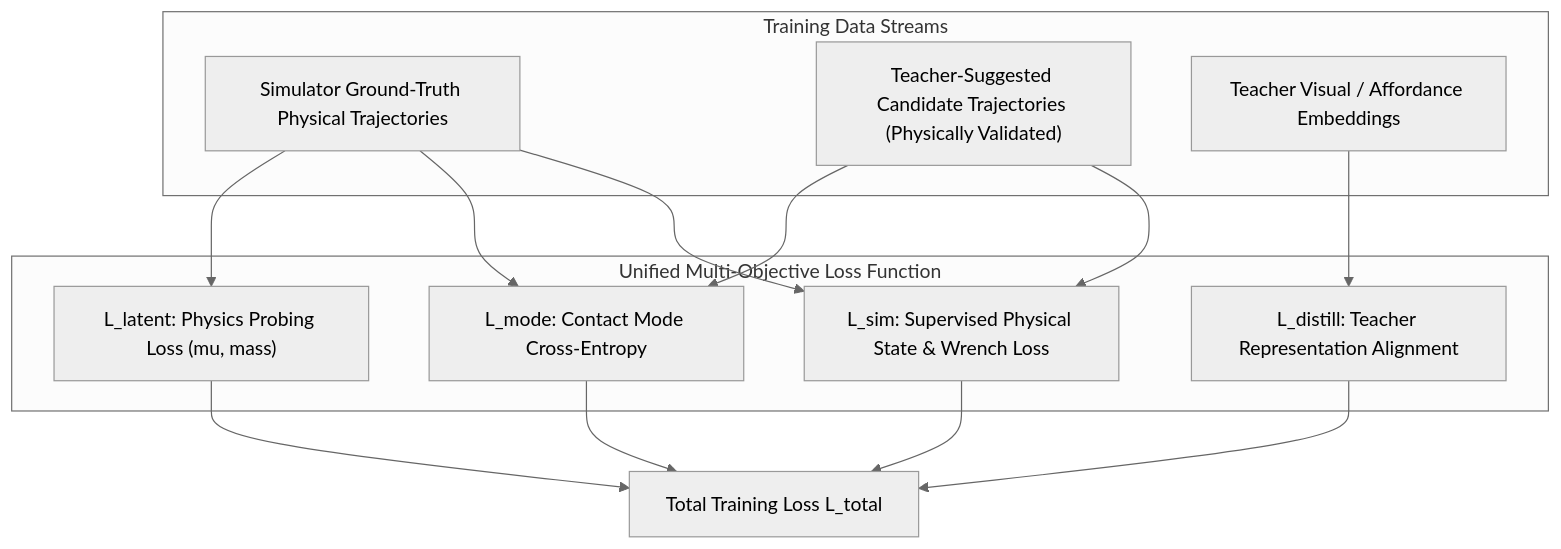
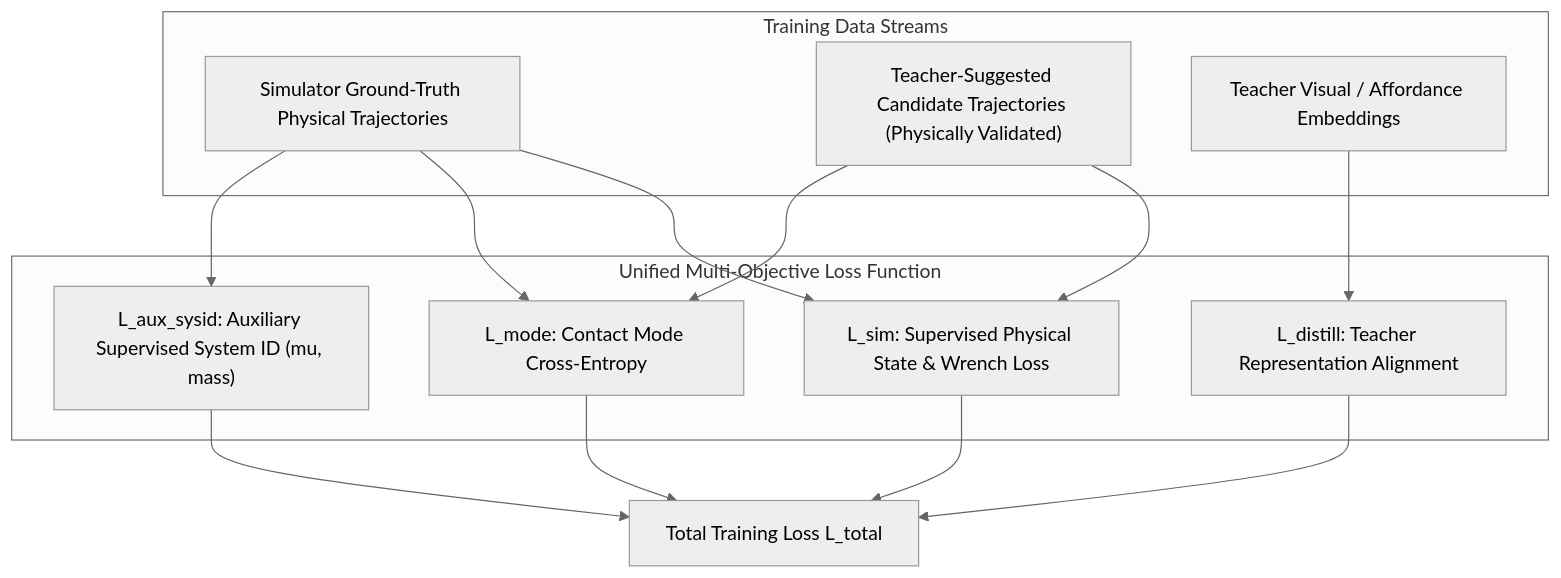
Before and after one commit to Sunilkumarchavhan9/horos-probe-1: the second of 2 diagrams in Research-002/experiments/world_model_vnext/horos_world_model_vnext_spec.md, drawn with Mermaid (neutral theme). The commit also changed other lines of this file and 6 other files, not shown here.

````diff
--- a/Research-002/experiments/world_model_vnext/horos_world_model_vnext_spec.md
+++ b/Research-002/experiments/world_model_vnext/horos_world_model_vnext_spec.md
@@ -106,20 +108,20 @@
 ```mermaid
 flowchart TD
     subgraph DATA["Training Data Streams"]
         D1["Simulator Ground-Truth Physical Trajectories"]
         D2["Teacher-Suggested Candidate Trajectories (Physically Validated)"]
         D3["Teacher Visual / Affordance Embeddings"]
     end
 
     subgraph LOSS["Unified Multi-Objective Loss Function"]
         L1["L_sim: Supervised Physical State & Wrench Loss"]
         L2["L_mode: Contact Mode Cross-Entropy"]
-        L3["L_latent: Physics Probing Loss (mu, mass)"]
+        L3["L_aux_sysid: Auxiliary Supervised System ID (mu, mass)"]
         L4["L_distill: Teacher Representation Alignment"]
     end
 
     D1 --> L1 & L2 & L3
     D2 --> L1 & L2
     D3 --> L4
     L1 & L2 & L3 & L4 --> TOTAL["Total Training Loss L_total"]
 ```
````
